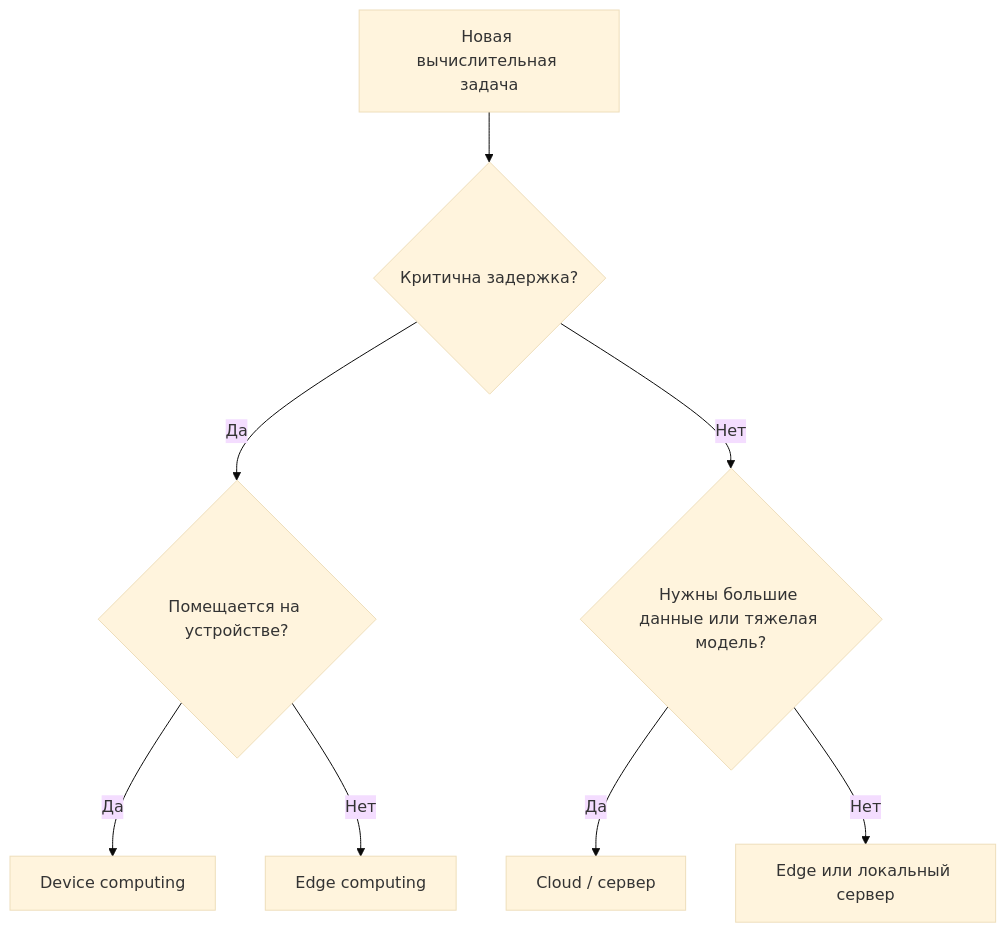
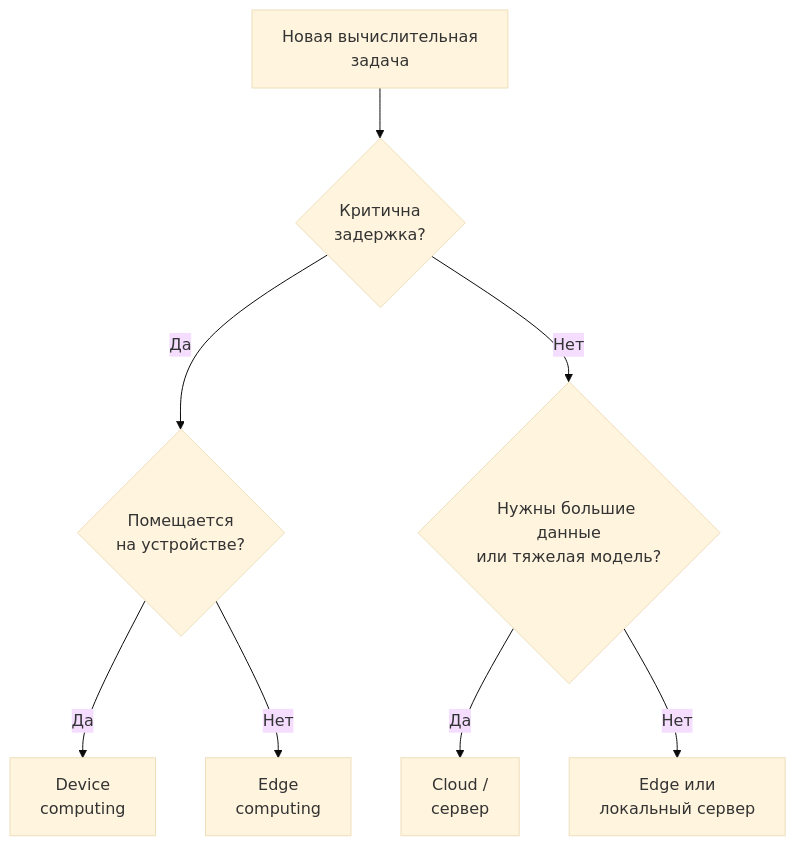
Before and after one commit to BosenkoTM/Modern-digital-technologies: the third of 4 diagrams in 2026/lectures/lecture_01.md, drawn with Mermaid (base theme).

````diff
--- a/2026/lectures/lecture_01.md
+++ b/2026/lectures/lecture_01.md
@@ -249,10 +249,12 @@
 ```mermaid
 flowchart TD
-    A[Новая вычислительная задача] --> B{Критична задержка?}
-    B -->|Да| C{Помещается на устройстве?}
-    C -->|Да| D[Device computing]
-    C -->|Нет| E[Edge computing]
-    B -->|Нет| F{Нужны большие данные или тяжелая модель?}
-    F -->|Да| G[Cloud / сервер]
-    F -->|Нет| H[Edge или локальный сервер]
+    A["Новая вычислительная<br/>задача"] --> B{"Критична<br/>задержка?"}
+
+    B -->|Да| C{"Помещается<br/>на устройстве?"}
+    C -->|Да| D["Device<br/>computing"]
+    C -->|Нет| E["Edge<br/>computing"]
+
+    B -->|Нет| F{"Нужны большие данные<br/>или тяжелая модель?"}
+    F -->|Да| G["Cloud /<br/>сервер"]
+    F -->|Нет| H["Edge или<br/>локальный сервер"]
 ```
````
